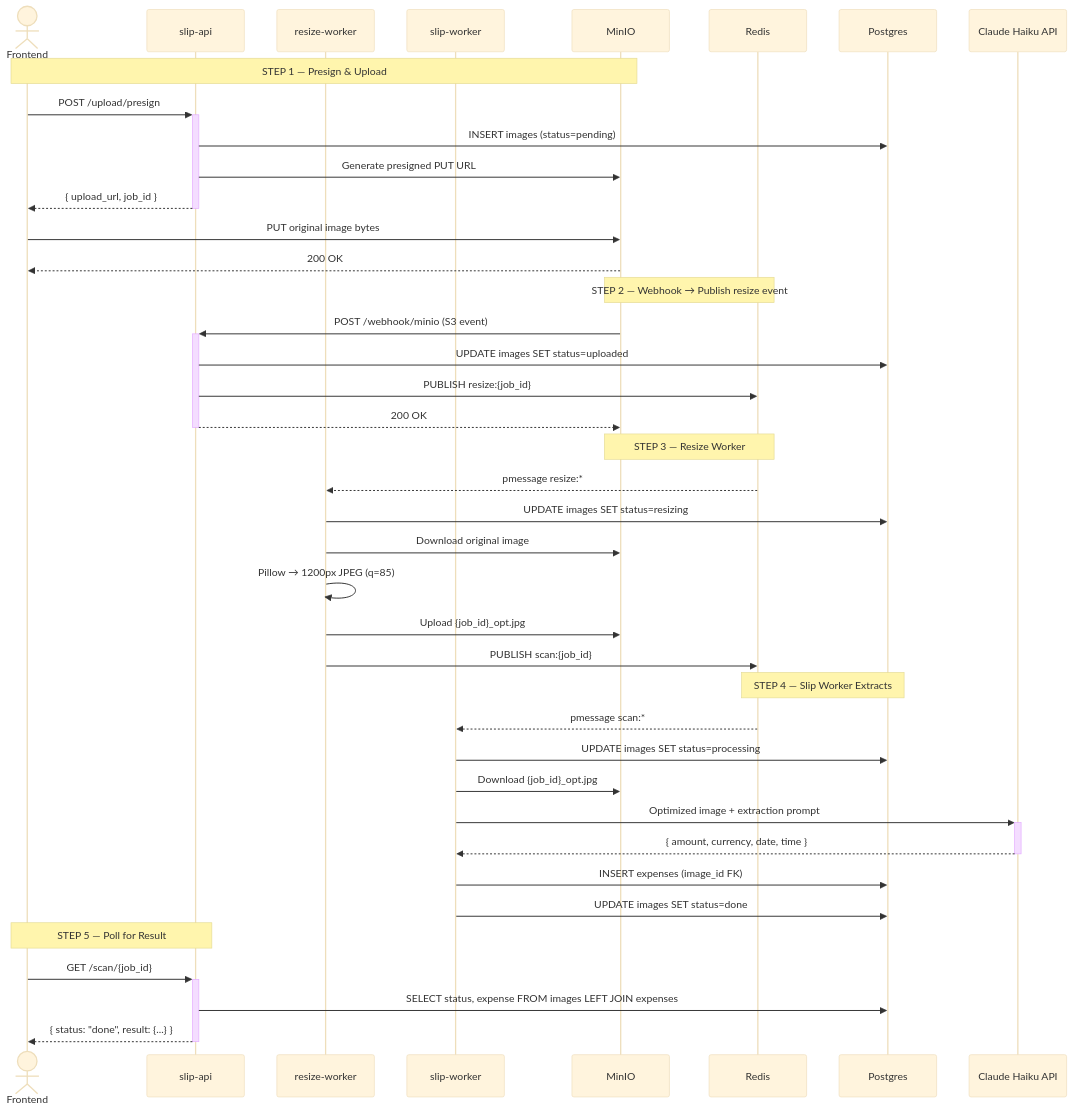
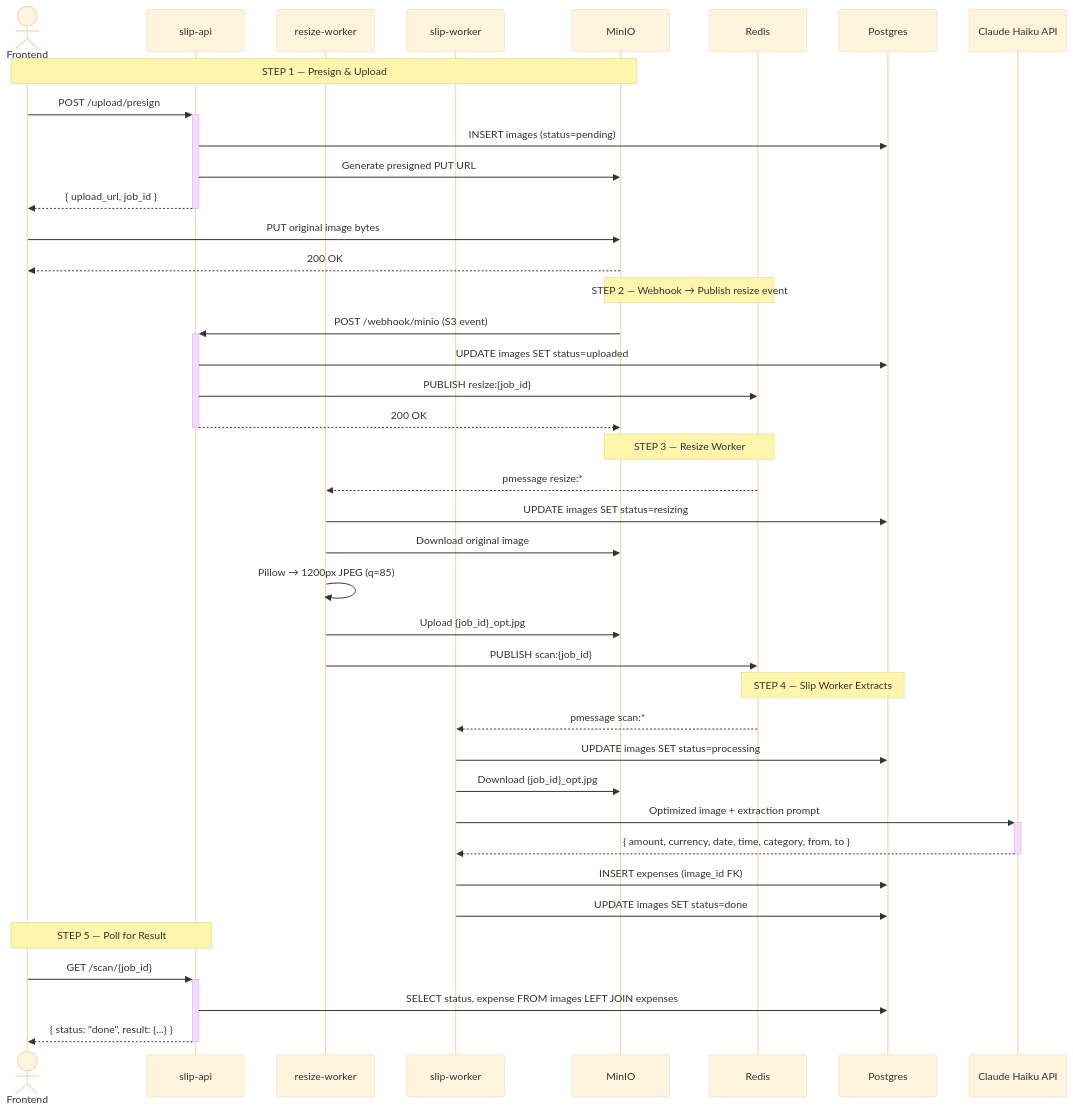
The diagram in README.md (monkey-mode/woofjot), drawn with Mermaid (base theme) before and after one commit. The commit also changed other lines of this file, not shown here.

````diff
--- a/README.md
+++ b/README.md
@@ -33,47 +36,47 @@
 ```mermaid
 sequenceDiagram
     actor Frontend
     participant SlipAPI as slip-api
     participant ResizeWorker as resize-worker
     participant SlipWorker as slip-worker
     participant MinIO
     participant Redis
     participant Postgres
     participant Claude as Claude Haiku API
 
     Note over Frontend,MinIO: STEP 1 — Presign & Upload
     Frontend->>+SlipAPI: POST /upload/presign
     SlipAPI->>Postgres: INSERT images (status=pending)
     SlipAPI->>MinIO: Generate presigned PUT URL
     SlipAPI-->>-Frontend: { upload_url, job_id }
     Frontend->>MinIO: PUT original image bytes
     MinIO-->>Frontend: 200 OK
 
     Note over MinIO,Redis: STEP 2 — Webhook → Publish resize event
     MinIO->>+SlipAPI: POST /webhook/minio (S3 event)
     SlipAPI->>Postgres: UPDATE images SET status=uploaded
     SlipAPI->>Redis: PUBLISH resize:{job_id}
     SlipAPI-->>-MinIO: 200 OK
 
     Note over Redis,MinIO: STEP 3 — Resize Worker
     Redis-->>ResizeWorker: pmessage resize:*
     ResizeWorker->>Postgres: UPDATE images SET status=resizing
     ResizeWorker->>MinIO: Download original image
     ResizeWorker->>ResizeWorker: Pillow → 1200px JPEG (q=85)
     ResizeWorker->>MinIO: Upload {job_id}_opt.jpg
     ResizeWorker->>Redis: PUBLISH scan:{job_id}
 
     Note over Redis,Postgres: STEP 4 — Slip Worker Extracts
     Redis-->>SlipWorker: pmessage scan:*
     SlipWorker->>Postgres: UPDATE images SET status=processing
     SlipWorker->>MinIO: Download {job_id}_opt.jpg
     SlipWorker->>+Claude: Optimized image + extraction prompt
-    Claude-->>-SlipWorker: { amount, currency, date, time }
+    Claude-->>-SlipWorker: { amount, currency, date, time, category, from, to }
     SlipWorker->>Postgres: INSERT expenses (image_id FK)
     SlipWorker->>Postgres: UPDATE images SET status=done
 
     Note over Frontend,SlipAPI: STEP 5 — Poll for Result
     Frontend->>+SlipAPI: GET /scan/{job_id}
     SlipAPI->>Postgres: SELECT status, expense FROM images LEFT JOIN expenses
     SlipAPI-->>-Frontend: { status: "done", result: {...} }
 ```
````
